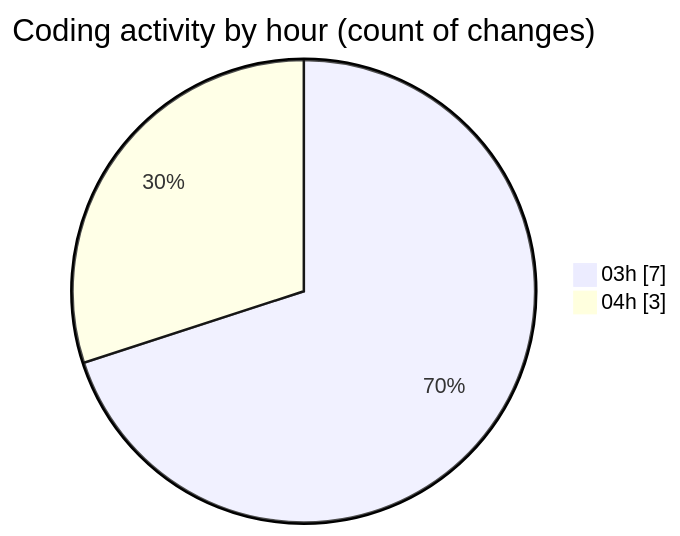
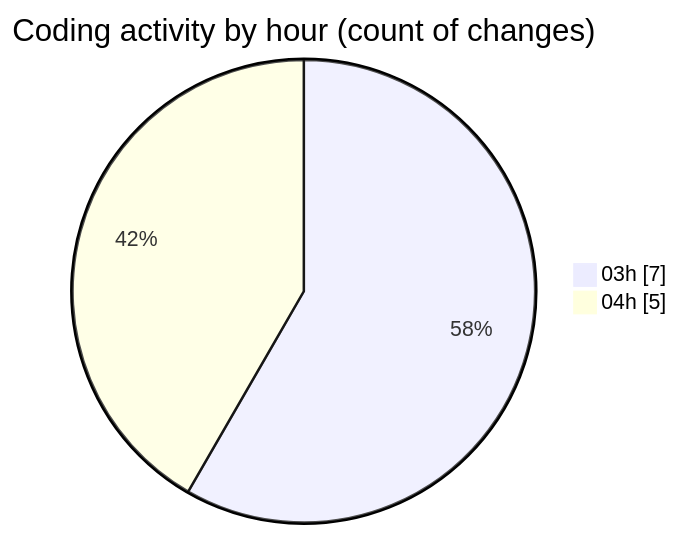
Before and after one commit to FelipKnott/code-tracking: the second of 2 diagrams in 2025-07-02/cursor/README.md, drawn with Mermaid. The commit also changed other lines of this file and 1 other file, not shown here.

````diff
--- a/2025-07-02/cursor/README.md
+++ b/2025-07-02/cursor/README.md
@@ -30,6 +30,6 @@
 ```mermaid
 pie showData
 title Coding activity by hour (count of changes)
 "03h" : 7
-"04h" : 3
+"04h" : 5
 ```
````
